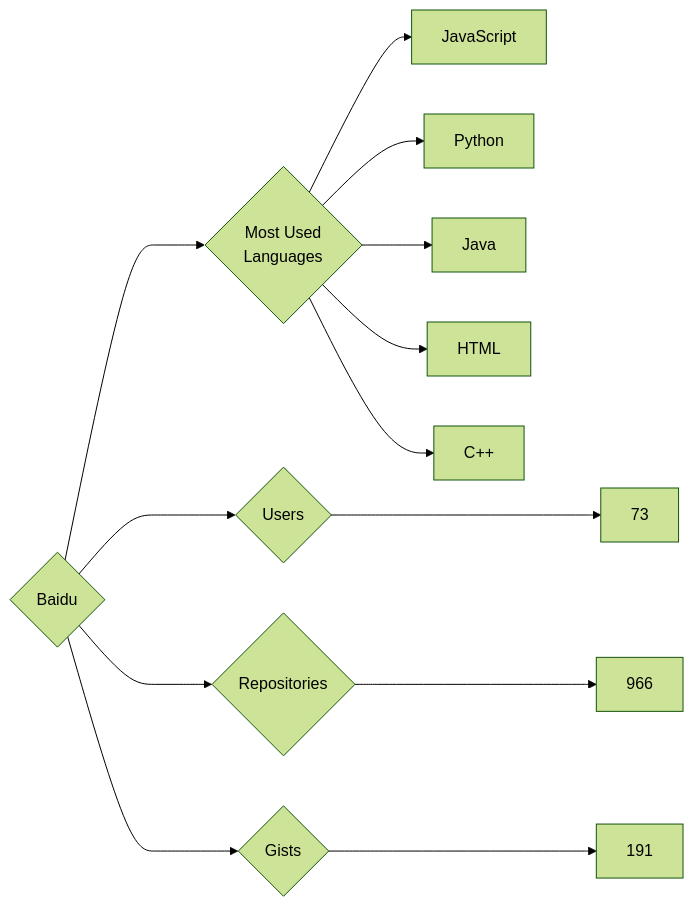
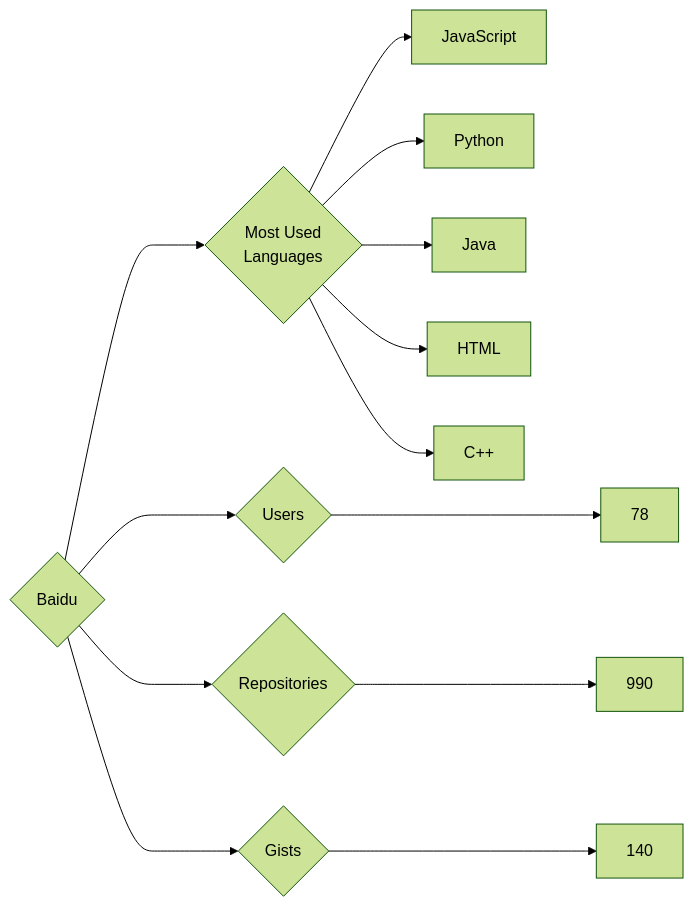
One commit to trickest/insiders changed the diagram in targets/Baidu/README.md. Above: the diagram before and after it, drawn with Mermaid (forest theme). The commit also changed 772 other files, not shown here.

````diff
--- a/targets/Baidu/README.md
+++ b/targets/Baidu/README.md
@@ -3,13 +3,13 @@
 ```mermaid
 graph LR
 COMPANY_NAME{Baidu}
-COMPANY_NAME ---> U{Users} ---> UN[73]
-COMPANY_NAME ---> R{Repositories} ---> RN[966]
-COMPANY_NAME ---> G{Gists} ---> GN[191]
+COMPANY_NAME ---> U{Users} ---> UN[78]
+COMPANY_NAME ---> R{Repositories} ---> RN[990]
+COMPANY_NAME ---> G{Gists} ---> GN[140]
 COMPANY_NAME ---> ML{Most Used<br>Languages}
 ML --> JavaScript[JavaScript]
 ML --> Python[Python]
 ML --> Java[Java]
 ML --> HTML[HTML]
 ML --> C++[C++]
 ```
````
